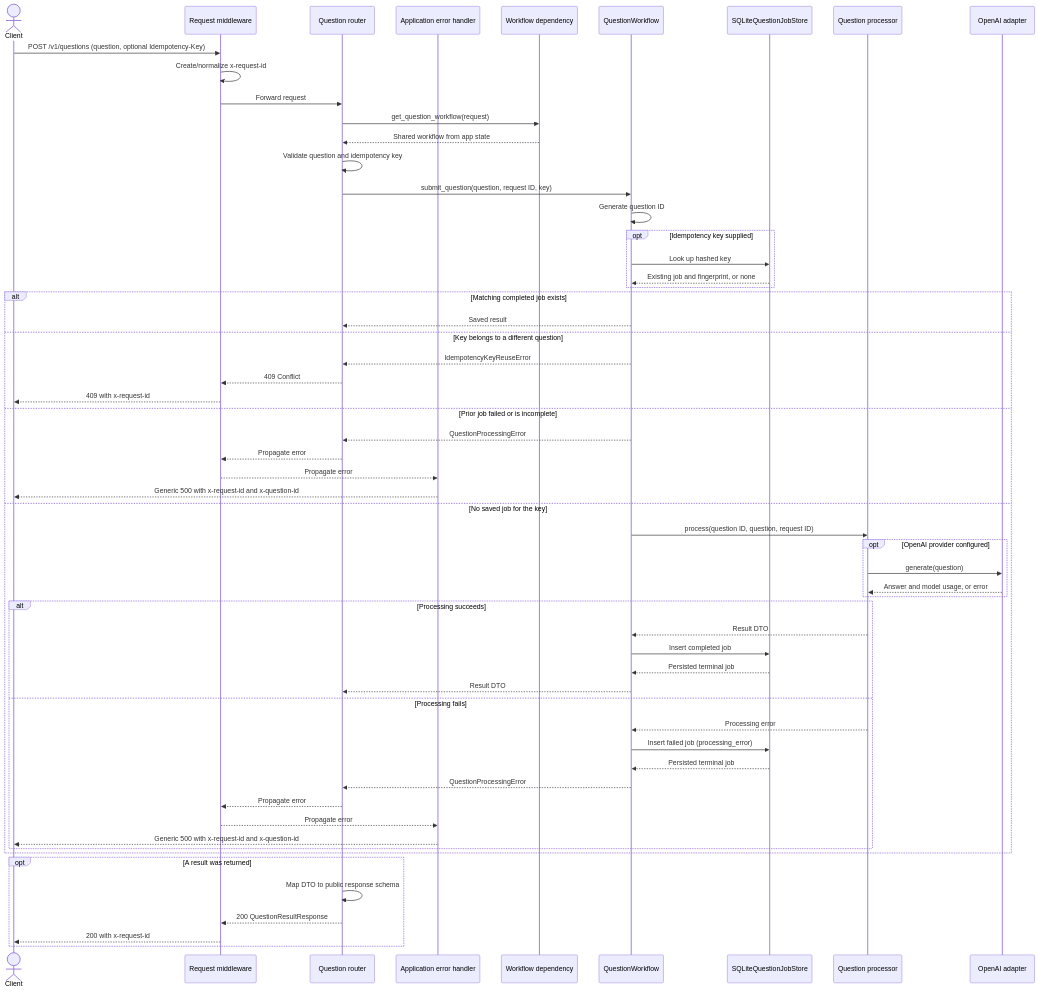
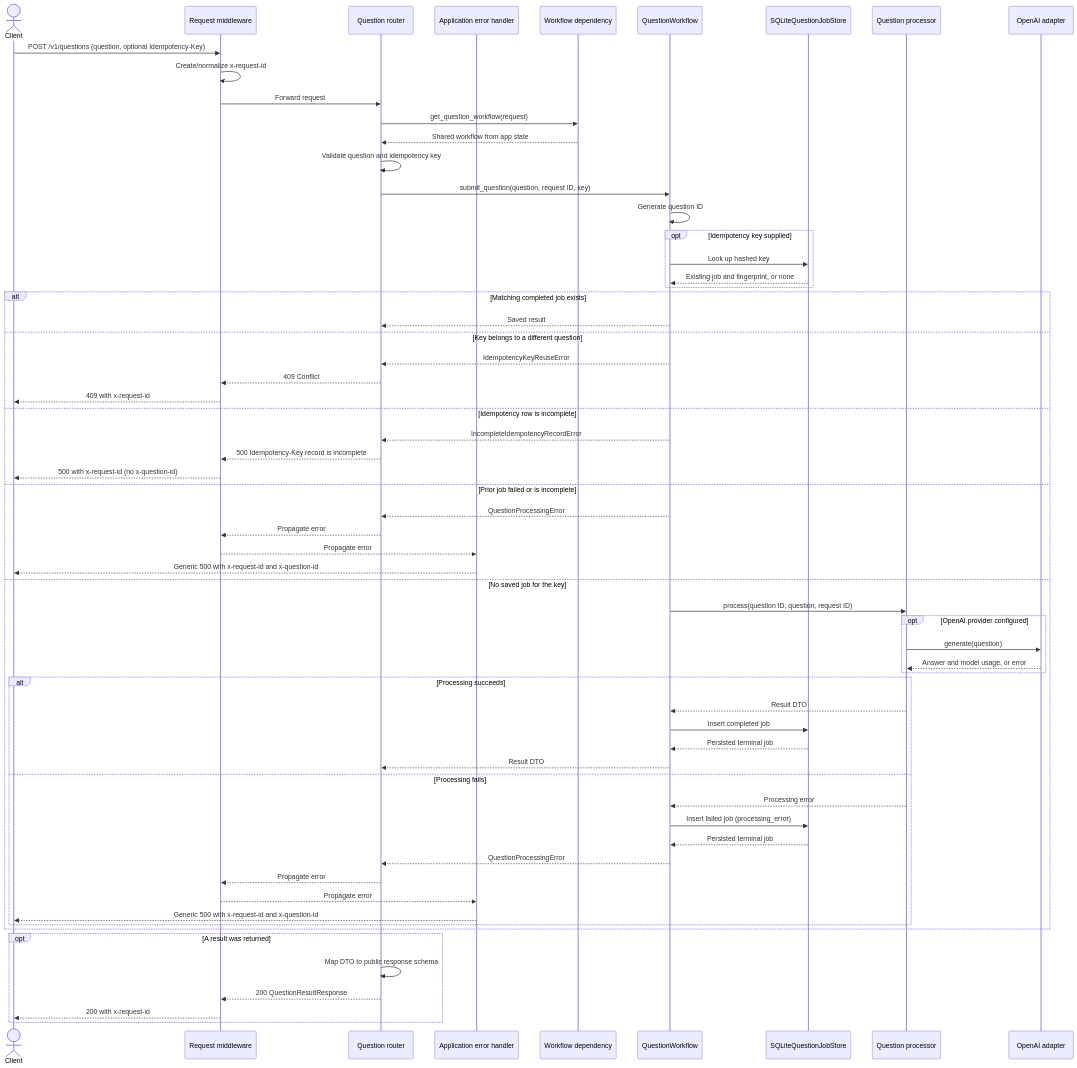
Before and after one commit to jasmine-post-pdx/rag-chatbot: the first of 2 diagrams in docs/questions-api-sequence.md, drawn with Mermaid. The commit also changed other lines of this file and 6 other files, not shown here.

````diff
--- a/docs/questions-api-sequence.md
+++ b/docs/questions-api-sequence.md
@@ -15,62 +15,66 @@
 ```mermaid
 sequenceDiagram
     actor Client
     participant MW as Request middleware
     participant API as Question router
     participant Err as Application error handler
     participant Dep as Workflow dependency
     participant WF as QuestionWorkflow
     participant Store as SQLiteQuestionJobStore
     participant Processor as Question processor
     participant LLM as OpenAI adapter
 
     Client->>MW: POST /v1/questions (question, optional Idempotency-Key)
     MW->>MW: Create/normalize x-request-id
     MW->>API: Forward request
     API->>Dep: get_question_workflow(request)
     Dep-->>API: Shared workflow from app state
     API->>API: Validate question and idempotency key
     API->>WF: submit_question(question, request ID, key)
     WF->>WF: Generate question ID
     opt Idempotency key supplied
         WF->>Store: Look up hashed key
         Store-->>WF: Existing job and fingerprint, or none
     end
     alt Matching completed job exists
         WF-->>API: Saved result
     else Key belongs to a different question
         WF-->>API: IdempotencyKeyReuseError
         API-->>MW: 409 Conflict
         MW-->>Client: 409 with x-request-id
+    else Idempotency row is incomplete
+        WF-->>API: IncompleteIdempotencyRecordError
+        API-->>MW: 500 Idempotency-Key record is incomplete
+        MW-->>Client: 500 with x-request-id (no x-question-id)
     else Prior job failed or is incomplete
         WF-->>API: QuestionProcessingError
         API-->>MW: Propagate error
         MW-->>Err: Propagate error
         Err-->>Client: Generic 500 with x-request-id and x-question-id
     else No saved job for the key
         WF->>Processor: process(question ID, question, request ID)
         opt OpenAI provider configured
             Processor->>LLM: generate(question)
             LLM-->>Processor: Answer and model usage, or error
         end
         alt Processing succeeds
             Processor-->>WF: Result DTO
             WF->>Store: Insert completed job
             Store-->>WF: Persisted terminal job
             WF-->>API: Result DTO
         else Processing fails
             Processor-->>WF: Processing error
             WF->>Store: Insert failed job (processing_error)
             Store-->>WF: Persisted terminal job
             WF-->>API: QuestionProcessingError
             API-->>MW: Propagate error
             MW-->>Err: Propagate error
             Err-->>Client: Generic 500 with x-request-id and x-question-id
         end
     end
     opt A result was returned
         API->>API: Map DTO to public response schema
         API-->>MW: 200 QuestionResultResponse
         MW-->>Client: 200 with x-request-id
     end
 ```
````
